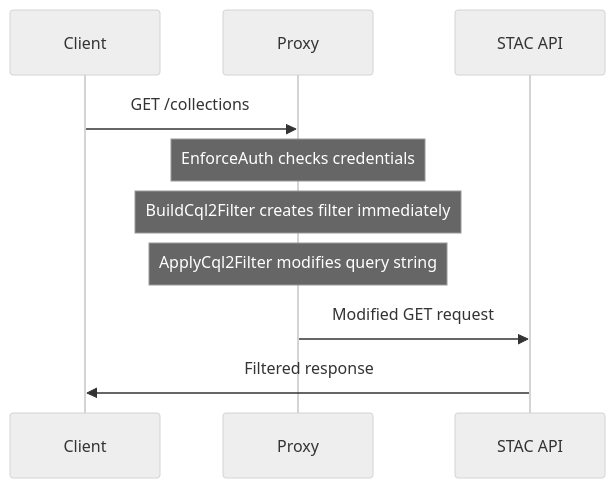
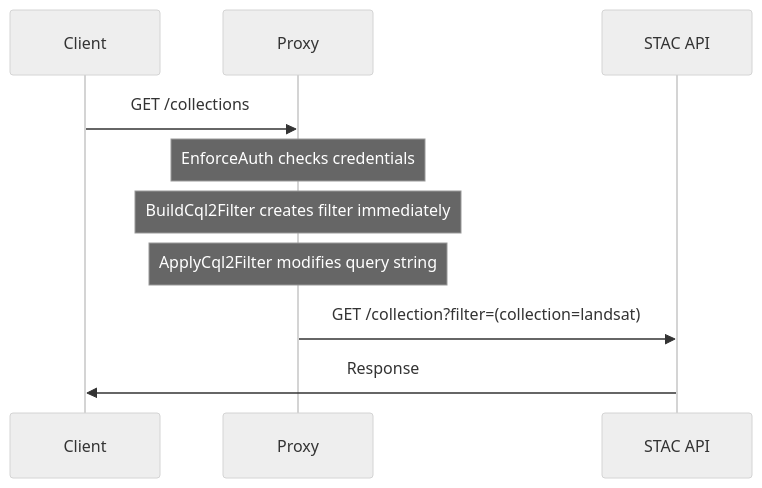
One commit to developmentseed/stac-auth-proxy changed the diagram in README.md. Above: the diagram before and after it, drawn with Mermaid (neutral theme). The commit also changed other lines of this file, not shown here.

````diff
--- a/README.md
+++ b/README.md
@@ -163,9 +188,9 @@
 ```mermaid
 sequenceDiagram
     Client->>Proxy: GET /collections
     Note over Proxy: EnforceAuth checks credentials
     Note over Proxy: BuildCql2Filter creates filter immediately
     Note over Proxy: ApplyCql2Filter modifies query string
-    Proxy->>STAC API: Modified GET request
-    STAC API->>Client: Filtered response
+    Proxy->>STAC API: GET /collection?filter=(collection=landsat)
+    STAC API->>Client: Response
 ```
````
